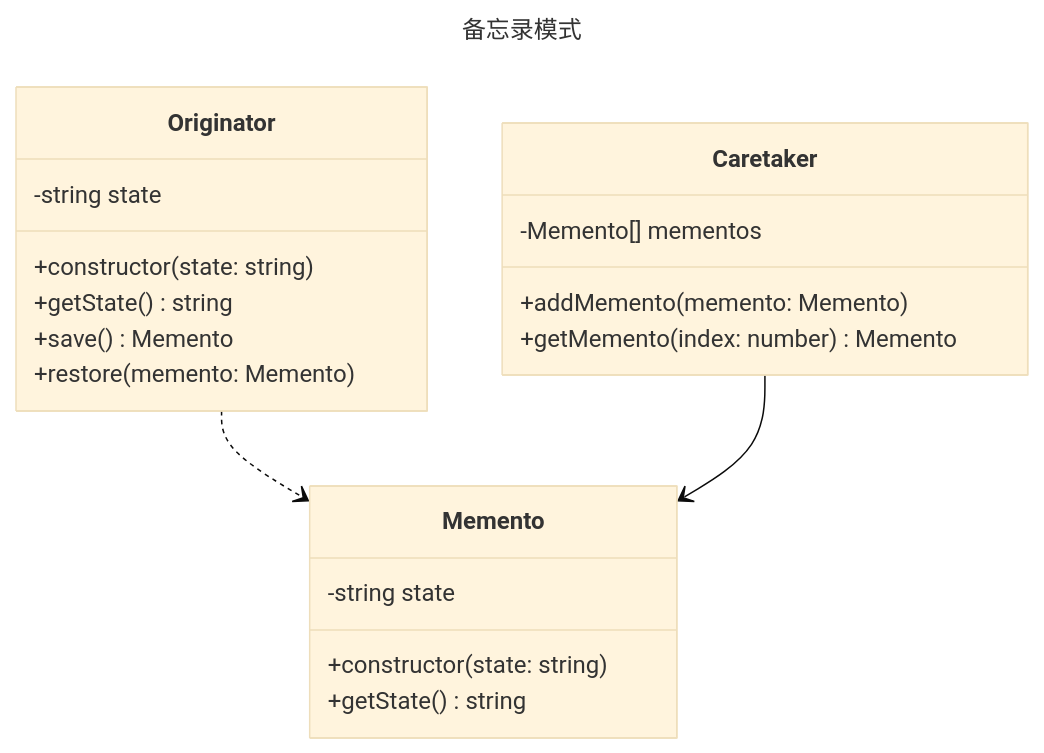
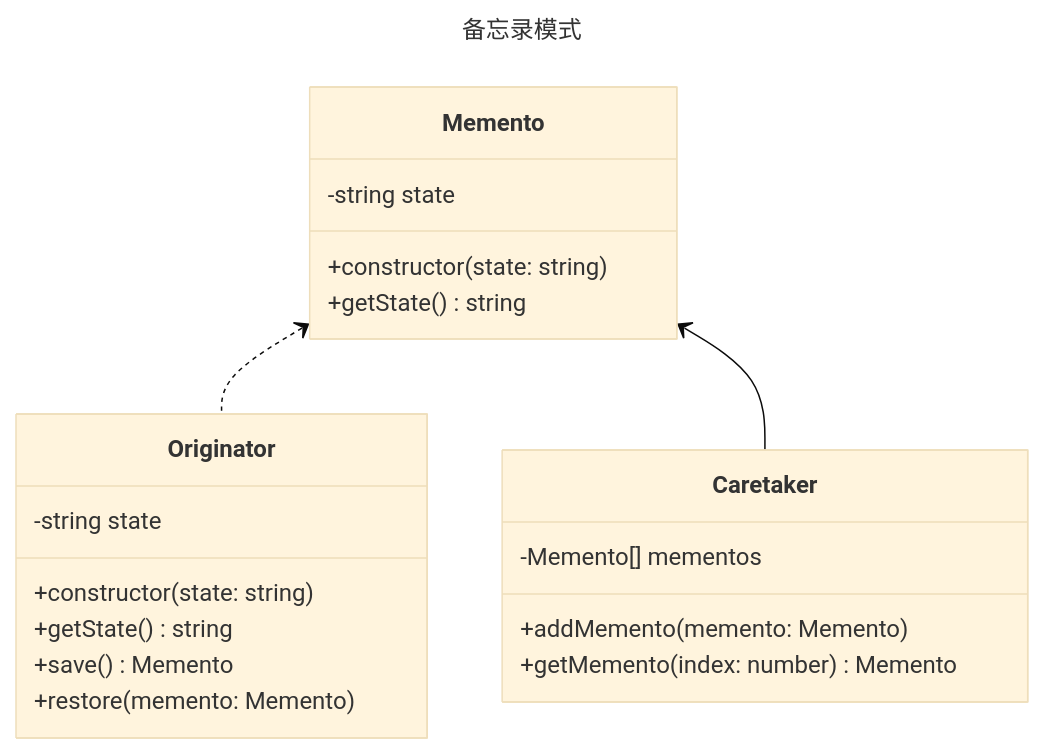
Before and after one commit to fengyun89/typescript-design-patterns: the diagram in memento/README.md, drawn with Mermaid (base theme). The commit also changed 22 other files, not shown here.

Commit message:
行为型模式类图

````diff
--- a/memento/README.md
+++ b/memento/README.md
@@ -1,25 +1,25 @@
 ```mermaid
 ---
 title: 备忘录模式
 ---
 classDiagram
     class Memento {
         -string state
         +constructor(state: string)
         +getState() string
     }
     class Originator {
         -string state
         +constructor(state: string)
         +getState() string
         +save() Memento
         +restore(memento: Memento)
     }
     class Caretaker {
         -Memento[] mementos
         +addMemento(memento: Memento)
         +getMemento(index: number) Memento
     }
-    Originator ..> Memento
-    Caretaker --> Memento
+    Memento <.. Originator 
+    Memento <-- Caretaker 
 ```
````
